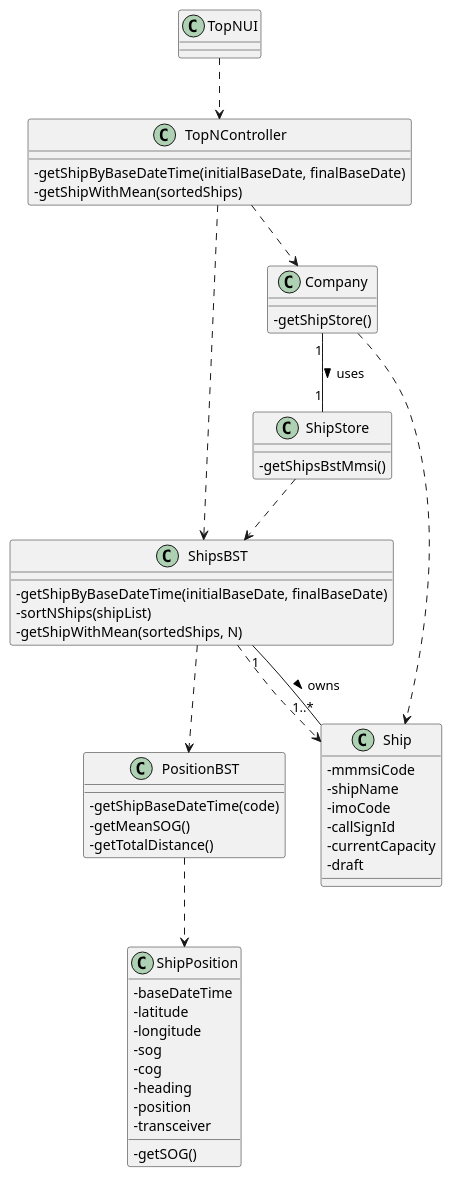
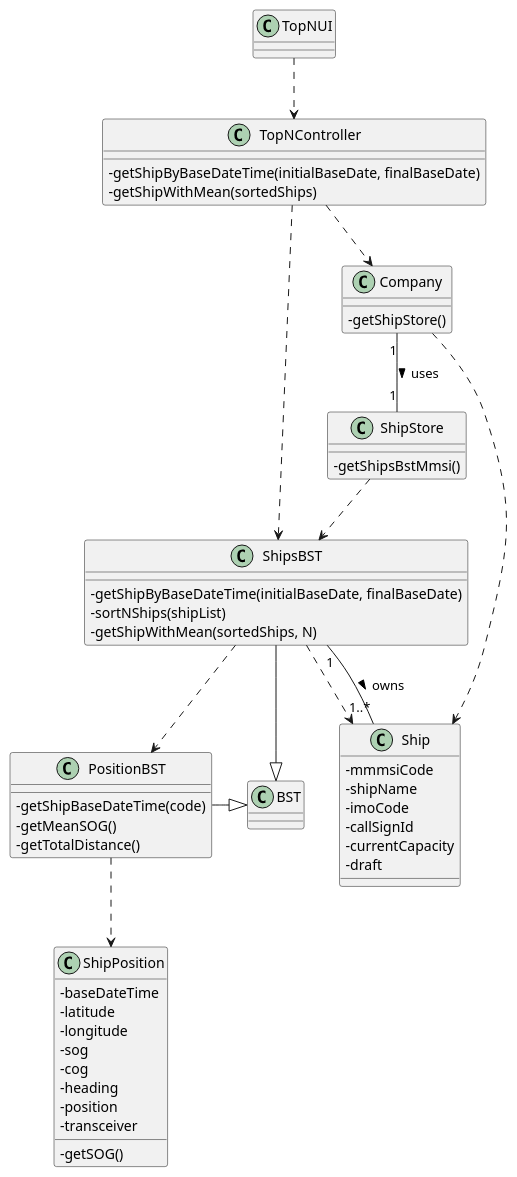
One commit to ana-albergaria/LAPR3-ISEP changed the diagram in docs/US106/US106_CD.puml. Above: the diagram before and after it, drawn with PlantUML. The commit also changed 3 other files, not shown here.

```diff
--- a/docs/US106/US106_CD.puml
+++ b/docs/US106/US106_CD.puml
@@ -1,67 +1,70 @@
 @startuml
 
 skinparam classAttributeIconSize 0
 
 
 class Ship {
     -mmmsiCode
     -shipName
     -imoCode
     -callSignId
     -currentCapacity /'added by us'/
     -draft
 }
 
 class ShipPosition {
     -baseDateTime
     -latitude
     -longitude
     -sog
     -cog
     -heading
     -position
     -transceiver
     -getSOG()
 }
 
 class ShipStore {
     -getShipsBstMmsi()
 }
 
 
 class TopNUI {}
 
 class TopNController {
     -getShipByBaseDateTime(initialBaseDate, finalBaseDate)
     -getShipWithMean(sortedShips)
 }
 
 class ShipsBST{
     -getShipByBaseDateTime(initialBaseDate, finalBaseDate)
     -sortNShips(shipList)
     -getShipWithMean(sortedShips, N)
 }
 
 class PositionBST{
     -getShipBaseDateTime(code)
     -getMeanSOG()
     -getTotalDistance()
 }
 class Company {
     -getShipStore()
 }
 
+class BST{}
 
 Company "1" -- "1" ShipStore : uses >
 ShipStore ..> ShipsBST
 ShipsBST ..> PositionBST
 ShipsBST "1" -- "1..*" Ship : owns >
 TopNUI ..> TopNController
 TopNController ..> ShipsBST
 TopNController ..> Company
 ShipsBST ..> Ship
 PositionBST ..> ShipPosition
 Company ..> Ship
+ShipsBST -|> BST
+PositionBST -|> BST
 
 
 @enduml
```
